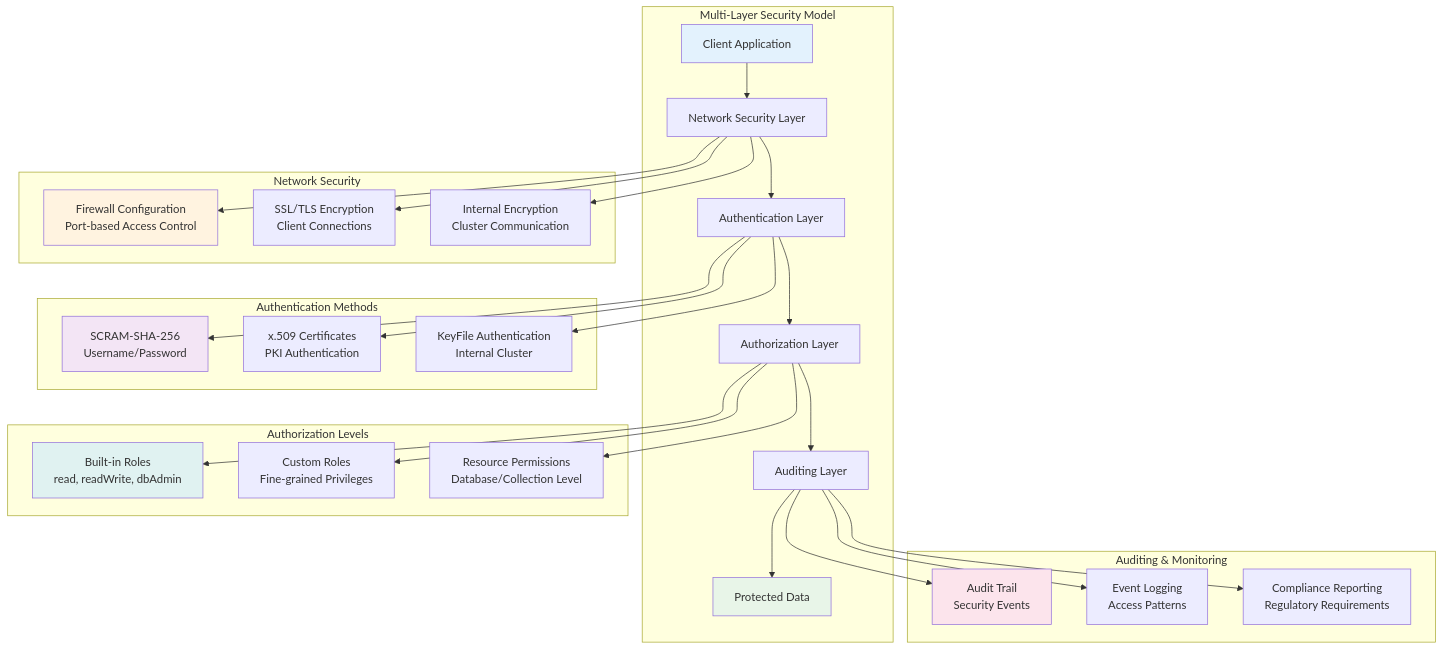
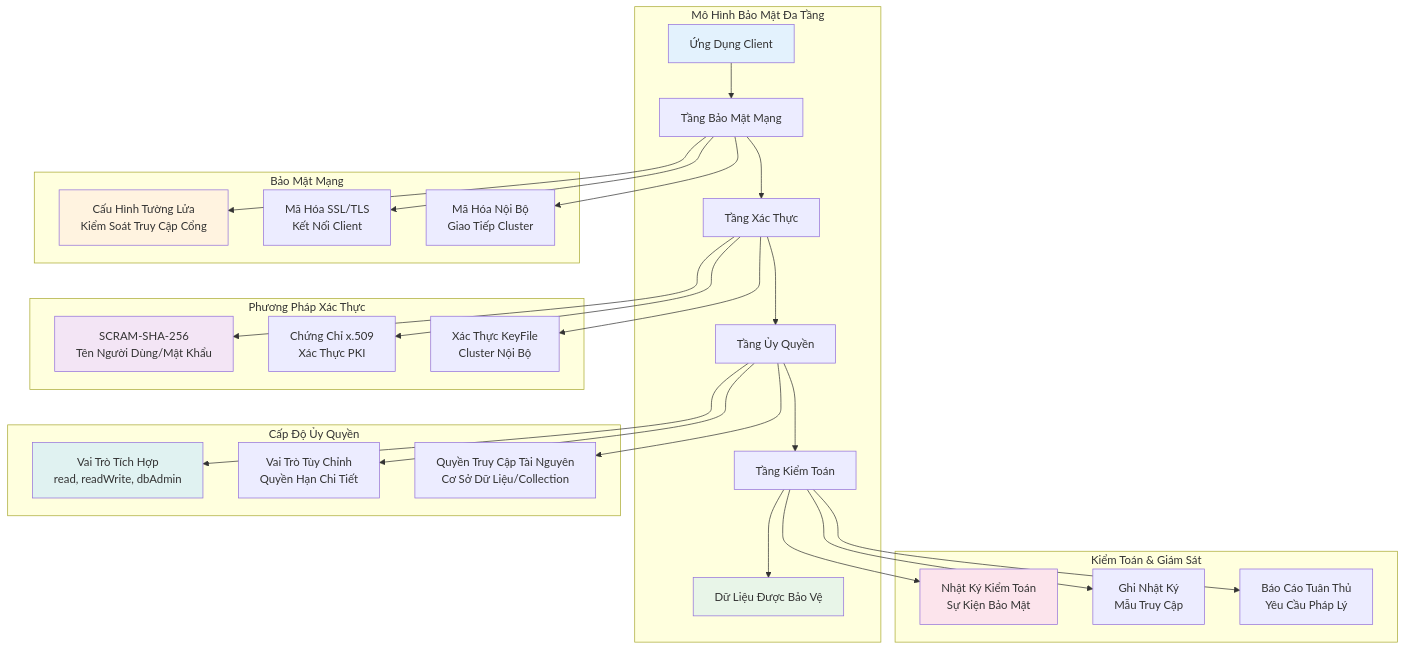
Before and after one commit to ngockhanhvd2812/DBA: diagram 15 of 56 in DB/Mongo-Sharding/mongo-sharding-practice.md, drawn with Mermaid. The commit also changed other lines of this file, not shown here.

````diff
--- a/DB/Mongo-Sharding/mongo-sharding-practice.md
+++ b/DB/Mongo-Sharding/mongo-sharding-practice.md
@@ -304,57 +522,57 @@
 ```mermaid
 flowchart TD
-    subgraph "Multi-Layer Security Model"
-        CLIENT[Client Application] --> NETWORK[Network Security Layer]
-        NETWORK --> AUTH[Authentication Layer]
-        AUTH --> AUTHZ[Authorization Layer]
-        AUTHZ --> AUDIT[Auditing Layer]
-        AUDIT --> DATA[Protected Data]
+    subgraph "Mô Hình Bảo Mật Đa Tầng"
+        CLIENT[Ứng Dụng Client] --> NETWORK[Tầng Bảo Mật Mạng]
+        NETWORK --> AUTH[Tầng Xác Thực]
+        AUTH --> AUTHZ[Tầng Ủy Quyền]
+        AUTHZ --> AUDIT[Tầng Kiểm Toán]
+        AUDIT --> DATA[Dữ Liệu Được Bảo Vệ]
     end
     
-    subgraph "Network Security"
-        FIREWALL[Firewall Configuration<br/>Port-based Access Control]
-        SSL[SSL/TLS Encryption<br/>Client Connections]
-        INTERNAL[Internal Encryption<br/>Cluster Communication]
+    subgraph "Bảo Mật Mạng"
+        FIREWALL[Cấu Hình Tường Lửa<br/>Kiểm Soát Truy Cập Cổng]
+        SSL[Mã Hóa SSL/TLS<br/>Kết Nối Client]
+        INTERNAL[Mã Hóa Nội Bộ<br/>Giao Tiếp Cluster]
     end
     
-    subgraph "Authentication Methods"
-        SCRAM[SCRAM-SHA-256<br/>Username/Password]
-        X509[x.509 Certificates<br/>PKI Authentication]
-        KEYFILE[KeyFile Authentication<br/>Internal Cluster]
+    subgraph "Phương Pháp Xác Thực"
+        SCRAM[SCRAM-SHA-256<br/>Tên Người Dùng/Mật Khẩu]
+        X509[Chứng Chỉ x.509<br/>Xác Thực PKI]
+        KEYFILE[Xác Thực KeyFile<br/>Cluster Nội Bộ]
     end
     
-    subgraph "Authorization Levels"
-        BUILTIN[Built-in Roles<br/>read, readWrite, dbAdmin]
-        CUSTOM[Custom Roles<br/>Fine-grained Privileges]
-        RESOURCE[Resource Permissions<br/>Database/Collection Level]
+    subgraph "Cấp Độ Ủy Quyền"
+        BUILTIN[Vai Trò Tích Hợp<br/>read, readWrite, dbAdmin]
+        CUSTOM[Vai Trò Tùy Chỉnh<br/>Quyền Hạn Chi Tiết]
+        RESOURCE[Quyền Truy Cập Tài Nguyên<br/>Cơ Sở Dữ Liệu/Collection]
     end
     
-    subgraph "Auditing & Monitoring"
-        TRAIL[Audit Trail<br/>Security Events]
-        LOGGING[Event Logging<br/>Access Patterns]
-        COMPLIANCE[Compliance Reporting<br/>Regulatory Requirements]
+    subgraph "Kiểm Toán & Giám Sát"
+        TRAIL[Nhật Ký Kiểm Toán<br/>Sự Kiện Bảo Mật]
+        LOGGING[Ghi Nhật Ký<br/>Mẫu Truy Cập]
+        COMPLIANCE[Báo Cáo Tuân Thủ<br/>Yêu Cầu Pháp Lý]
     end
     
     NETWORK --> FIREWALL
     NETWORK --> SSL
     NETWORK --> INTERNAL
     
     AUTH --> SCRAM
     AUTH --> X509
     AUTH --> KEYFILE
     
     AUTHZ --> BUILTIN
     AUTHZ --> CUSTOM
     AUTHZ --> RESOURCE
     
     AUDIT --> TRAIL
     AUDIT --> LOGGING
     AUDIT --> COMPLIANCE
     
     style CLIENT fill:#e3f2fd
     style DATA fill:#e8f5e8
     style FIREWALL fill:#fff3e0
     style SCRAM fill:#f3e5f5
     style BUILTIN fill:#e0f2f1
     style TRAIL fill:#fce4ec
 ```
````
